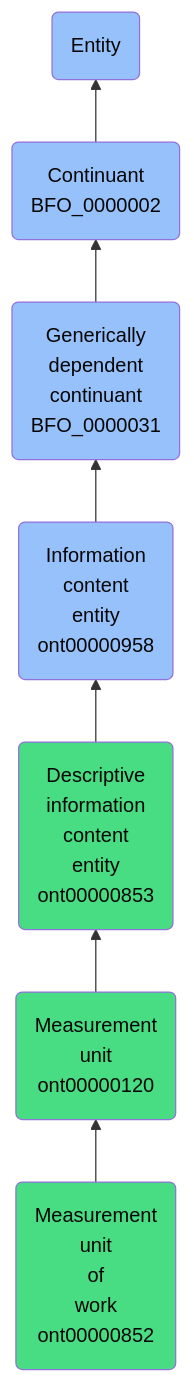
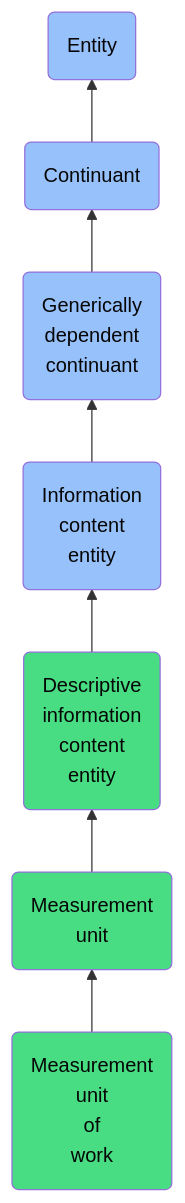
Before and after one commit to jupyter-naas/abi: the diagram in docs/ontology/reference/model/Entity/Continuant/Generically dependent continuant/Information content entity/Descriptive information content entity/Measurement unit/Measurement unit of work/Measurement unit of work.md, drawn with Mermaid. The commit also changed other lines of this file and 1430 other files, not shown here.

````diff
--- a/docs/ontology/reference/model/Entity/Continuant/Generically dependent continuant/Information content entity/Descriptive information content entity/Measurement unit/Measurement unit of work/Measurement unit of work.md
+++ b/docs/ontology/reference/model/Entity/Continuant/Generically dependent continuant/Information content entity/Descriptive information content entity/Measurement unit/Measurement unit of work/Measurement unit of work.md
@@ -24,14 +24,14 @@
 ```mermaid
 graph BT
-    ont00000852(Measurement<br>unit<br>of<br>work<br>ont00000852):::ABI-->ont00000120
-    ont00000120(Measurement<br>unit<br>ont00000120):::ABI-->ont00000853
-    ont00000853(Descriptive<br>information<br>content<br>entity<br>ont00000853):::ABI-->ont00000958
-    ont00000958(Information<br>content<br>entity<br>ont00000958):::BFO-->BFO_0000031
-    BFO_0000031(Generically<br>dependent<br>continuant<br>BFO_0000031):::BFO-->BFO_0000002
-    BFO_0000002(Continuant<br>BFO_0000002):::BFO-->BFO_0000001
+    ont00000852(Measurement<br>unit<br>of<br>work):::ABI-->ont00000120
+    ont00000120(Measurement<br>unit):::ABI-->ont00000853
+    ont00000853(Descriptive<br>information<br>content<br>entity):::ABI-->ont00000958
+    ont00000958(Information<br>content<br>entity):::BFO-->BFO_0000031
+    BFO_0000031(Generically<br>dependent<br>continuant):::BFO-->BFO_0000002
+    BFO_0000002(Continuant):::BFO-->BFO_0000001
     BFO_0000001(Entity):::BFO
     
     classDef BFO fill:#97c1fb,color:#060606
     classDef CCO fill:#e4c51e,color:#060606
     classDef ABI fill:#48DD82,color:#060606
 ```
````
